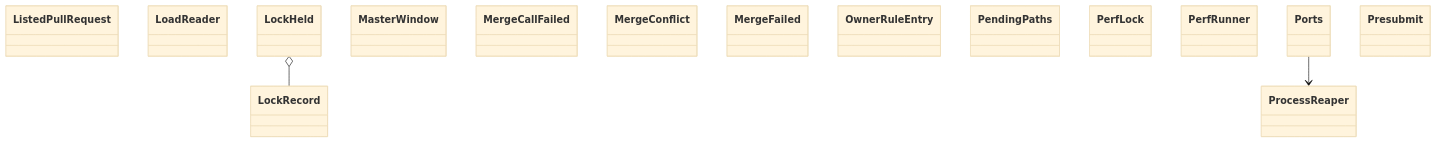
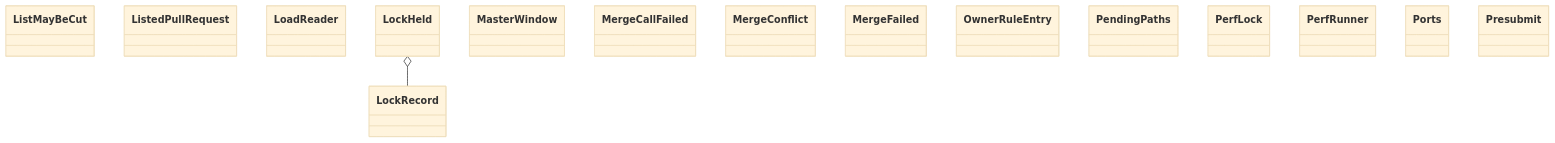
One commit to GonzaloZevallos/agentic-system changed the diagram in docs/architecture/generated/classes-process-application-support-4.md. Above: the diagram before and after it, drawn with Mermaid (base theme). The commit also changed other lines of this file and 23 other files, not shown here.

````diff
--- a/docs/architecture/generated/classes-process-application-support-4.md
+++ b/docs/architecture/generated/classes-process-application-support-4.md
@@ -20,20 +20,19 @@
 ```mermaid
 classDiagram
+    class ports__ListMayBeCut["ListMayBeCut"]
     class ports__ListedPullRequest["ListedPullRequest"]
     class ports__LoadReader["LoadReader"]
     class ports__LockHeld["LockHeld"]
     class ports__LockRecord["LockRecord"]
     class ports__MasterWindow["MasterWindow"]
     class ports__MergeCallFailed["MergeCallFailed"]
     class ports__MergeConflict["MergeConflict"]
     class ports__MergeFailed["MergeFailed"]
     class ports__OwnerRuleEntry["OwnerRuleEntry"]
     class ports__PendingPaths["PendingPaths"]
     class ports__PerfLock["PerfLock"]
     class ports__PerfRunner["PerfRunner"]
     class ports__Ports["Ports"]
     class ports__Presubmit["Presubmit"]
-    class ports__ProcessReaper["ProcessReaper"]
     ports__LockHeld o-- ports__LockRecord
-    ports__Ports --> ports__ProcessReaper
 ```
````
